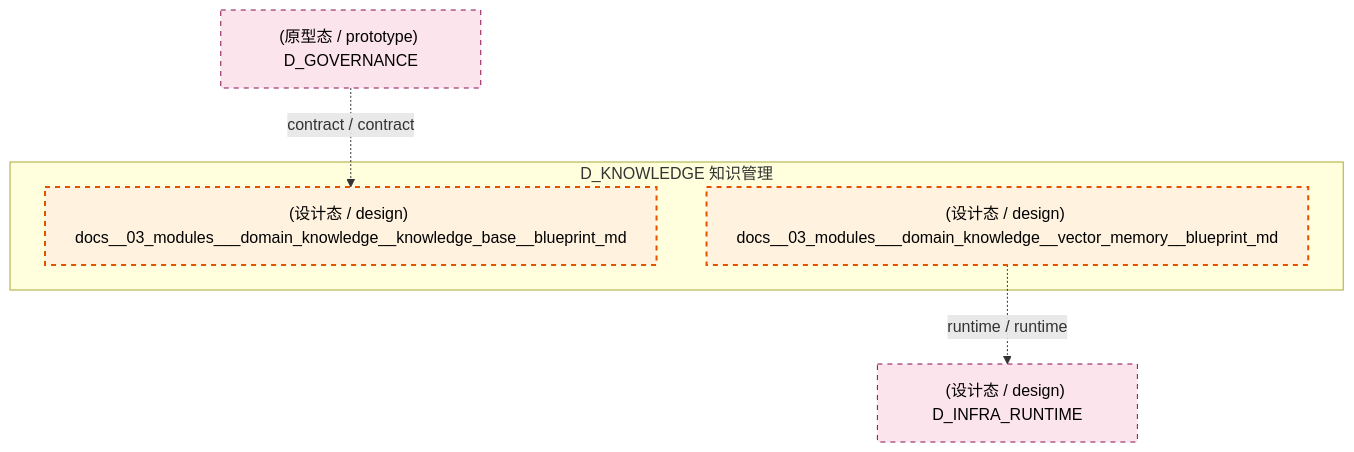
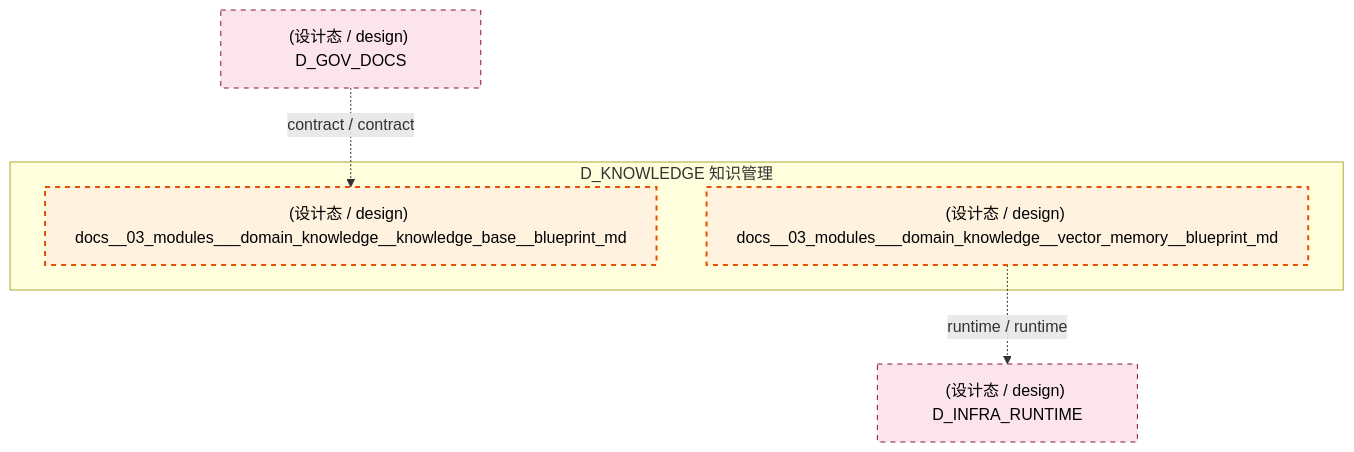
One commit to xuanFelixVan/ZephyrAlpha changed the third of 5 diagrams in docs/02_enterprise_architecture/02_domain_architecture_docs/48_d_knowledge.md. Above: the diagram before and after it, drawn with Mermaid. The commit also changed other lines of this file and 126 other files, not shown here.

````diff
--- a/docs/02_enterprise_architecture/02_domain_architecture_docs/48_d_knowledge.md
+++ b/docs/02_enterprise_architecture/02_domain_architecture_docs/48_d_knowledge.md
@@ -218,17 +218,17 @@
 ```mermaid
 graph TD
     subgraph D_KNOWLEDGE["D_KNOWLEDGE 知识管理"]
         docs_03_modules_domain_knowledge_knowledge_base_blueprint_md["(设计态 / design) docs__03_modules___domain_knowledge__knowledge_base__blueprint_md"]
         docs_03_modules_domain_knowledge_vector_memory_blueprint_md["(设计态 / design) docs__03_modules___domain_knowledge__vector_memory__blueprint_md"]
     end
     D_INFRA_RUNTIME["(设计态 / design) D_INFRA_RUNTIME"]
     docs_03_modules_domain_knowledge_vector_memory_blueprint_md -.->|runtime / runtime| D_INFRA_RUNTIME
-    D_GOVERNANCE["(原型态 / prototype) D_GOVERNANCE"]
-    D_GOVERNANCE -.->|contract / contract| docs_03_modules_domain_knowledge_knowledge_base_blueprint_md
+    D_GOV_DOCS["(设计态 / design) D_GOV_DOCS"]
+    D_GOV_DOCS -.->|contract / contract| docs_03_modules_domain_knowledge_knowledge_base_blueprint_md
     classDef production fill:#e1f5fe,stroke:#01579b,stroke-width:2px,color:#000
     classDef design fill:#fff3e0,stroke:#e65100,stroke-width:2px,color:#000,stroke-dasharray: 5 5
     classDef external_prod fill:#e8f5e9,stroke:#1b5e20,stroke-width:1px,color:#000
     classDef external_design fill:#fce4ec,stroke:#880e4f,stroke-width:1px,color:#000,stroke-dasharray: 5 5
     class docs_03_modules_domain_knowledge_knowledge_base_blueprint_md,docs_03_modules_domain_knowledge_vector_memory_blueprint_md design
-    class D_INFRA_RUNTIME,D_GOVERNANCE external_design
+    class D_INFRA_RUNTIME,D_GOV_DOCS external_design
 ```
````
